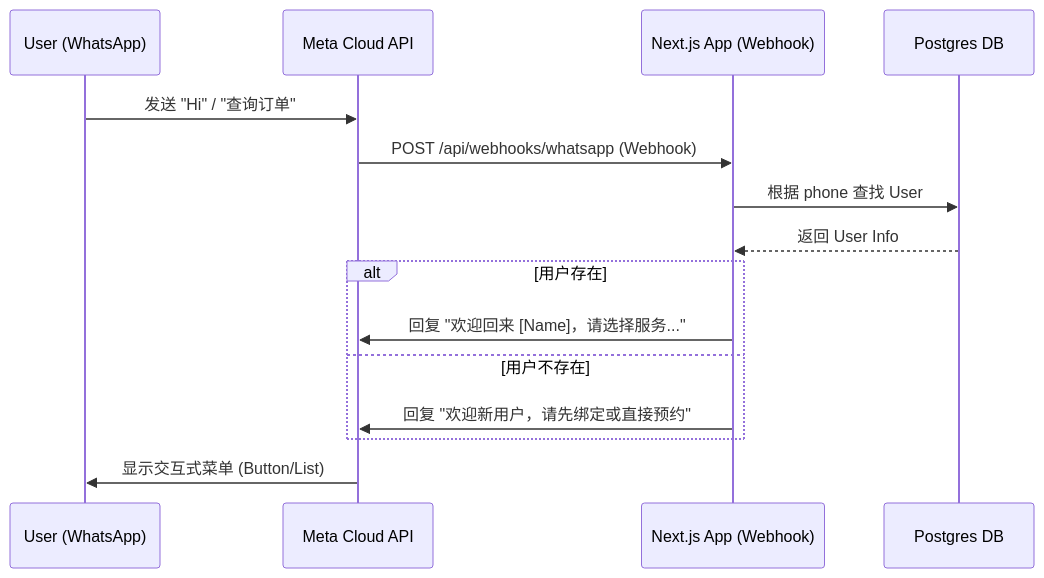
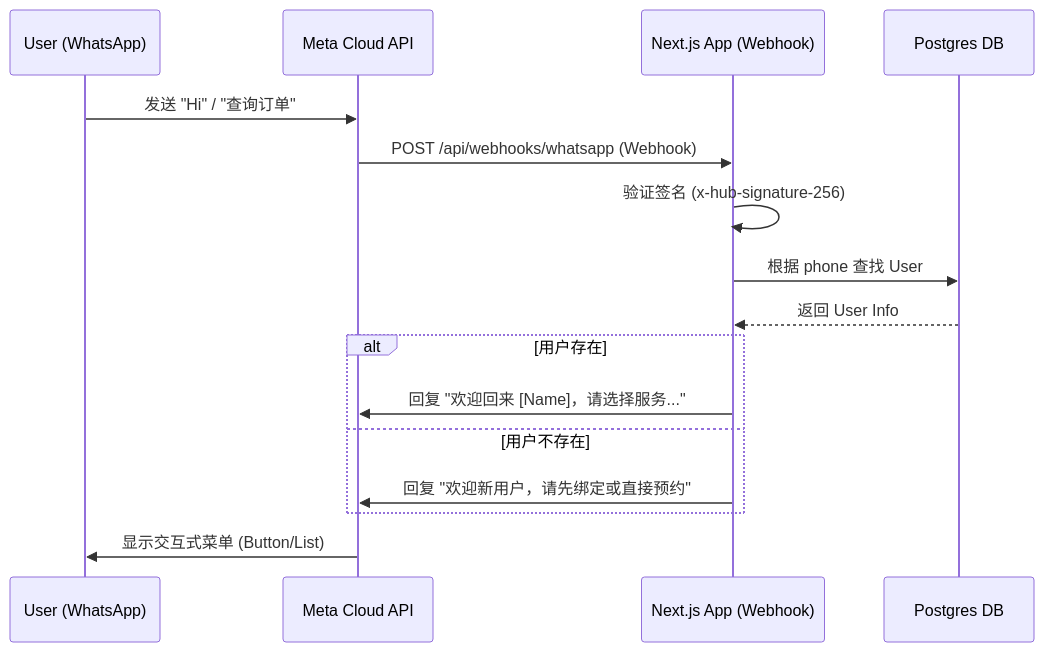
The diagram in docs/WhatsApp-Integration-Plan.md (Liwei1020T/appointmentSystem), drawn with Mermaid before and after one commit. The commit also changed other lines of this file, not shown here.

Commit message:
docs: optimize WhatsApp integration plan v2.0

````diff
--- a/docs/WhatsApp-Integration-Plan.md
+++ b/docs/WhatsApp-Integration-Plan.md
@@ -27,18 +27,19 @@
 ```mermaid
 sequenceDiagram
     participant User as User (WhatsApp)
     participant Meta as Meta Cloud API
     participant App as Next.js App (Webhook)
     participant DB as Postgres DB
 
     User->>Meta: 发送 "Hi" / "查询订单"
     Meta->>App: POST /api/webhooks/whatsapp (Webhook)
+    App->>App: 验证签名 (x-hub-signature-256)
     App->>DB: 根据 phone 查找 User
     DB-->>App: 返回 User Info
     alt 用户存在
         App->>Meta: 回复 "欢迎回来 [Name]，请选择服务..."
     else 用户不存在
         App->>Meta: 回复 "欢迎新用户，请先绑定或直接预约"
     end
     Meta->>User: 显示交互式菜单 (Button/List)
 ```
````
